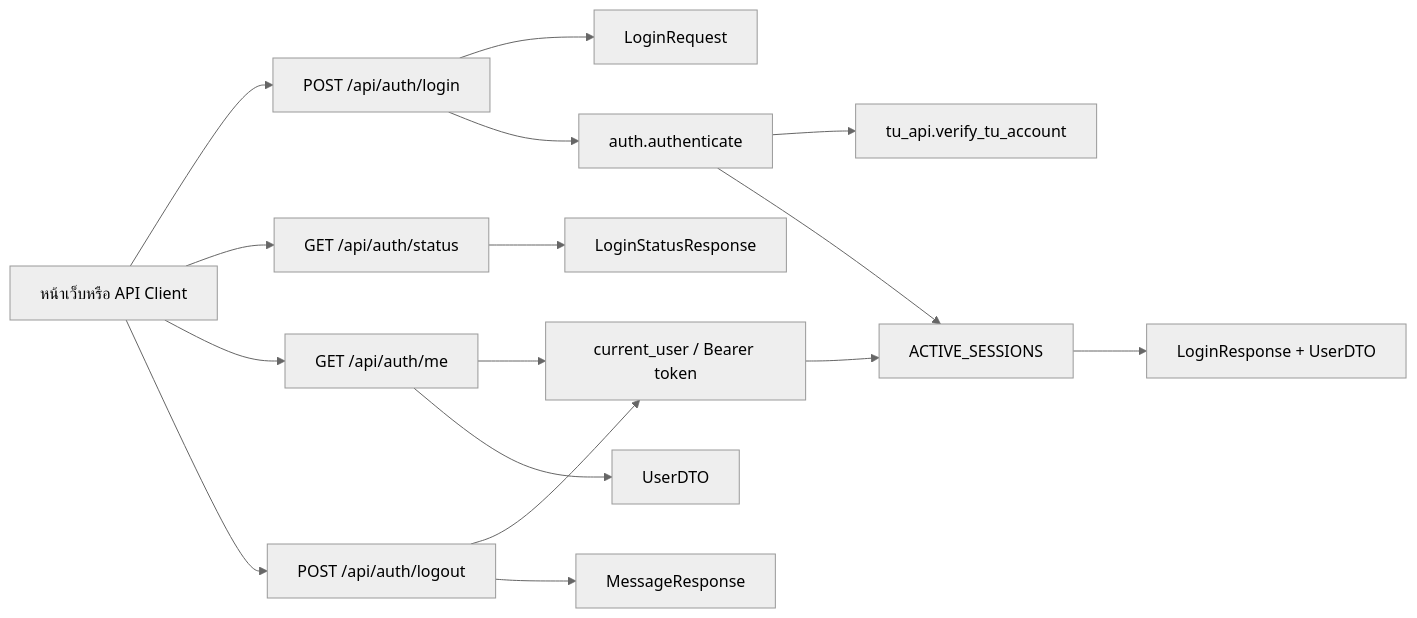
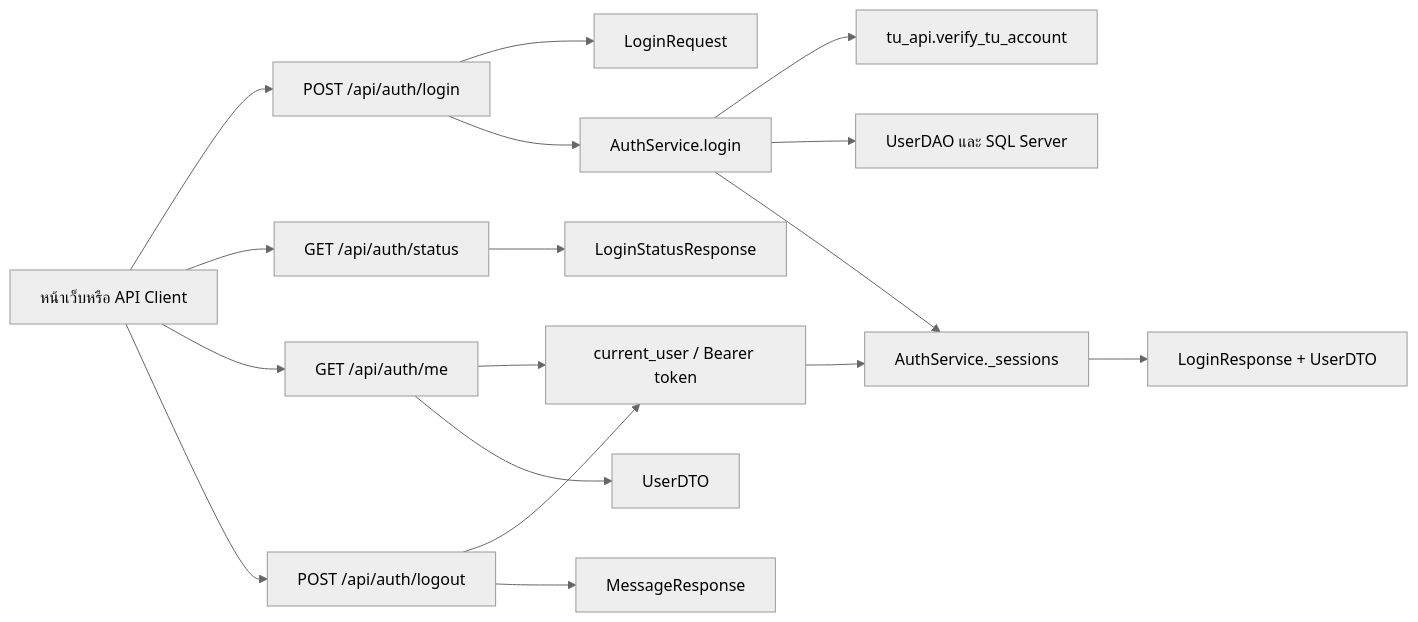
One commit to Lilieay/CS261-Group4-Project changed the diagram in docs/U1/design/task5-login-api-spec.md. Above: the diagram before and after it, drawn with Mermaid (neutral theme). The commit also changed other lines of this file and 8 other files, not shown here.

````diff
--- a/docs/U1/design/task5-login-api-spec.md
+++ b/docs/U1/design/task5-login-api-spec.md
@@ -173,19 +177,20 @@
 ```mermaid
 flowchart LR
     Client[หน้าเว็บหรือ API Client] --> Login[POST /api/auth/login]
     Login --> LoginRequest[LoginRequest]
-    Login --> AuthService[auth.authenticate]
+    Login --> AuthService[AuthService.login]
     AuthService --> TU[tu_api.verify_tu_account]
-    AuthService --> Session[ACTIVE_SESSIONS]
+    AuthService --> UserDAO[UserDAO และ SQL Server]
+    AuthService --> Session[AuthService._sessions]
     Session --> LoginResponse[LoginResponse + UserDTO]
 
     Client --> Status[GET /api/auth/status]
     Client --> Me[GET /api/auth/me]
     Client --> Logout[POST /api/auth/logout]
     Me --> Bearer[current_user / Bearer token]
     Logout --> Bearer
     Bearer --> Session
     Status --> LoginStatus[LoginStatusResponse]
     Me --> User[UserDTO]
     Logout --> Message[MessageResponse]
 ```
````
